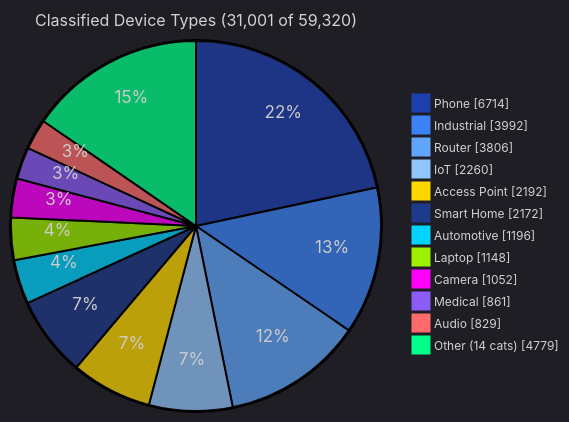
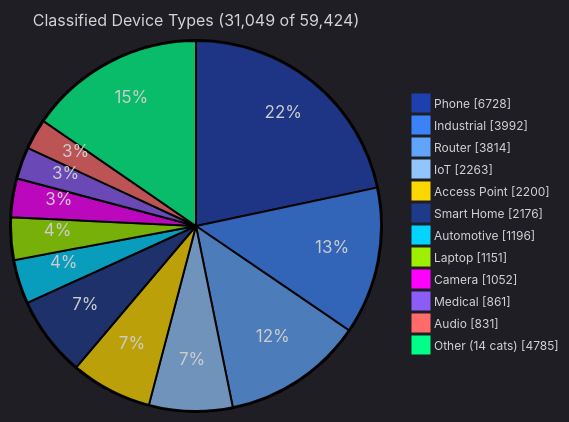
One commit to zqf20096327/dbhub_collect changed the fourth of 5 diagrams in data/readmes/Ringmast4r__OUI-Master-Database.md. Above: the diagram before and after it, drawn with Mermaid. The commit also changed other lines of this file and 740 other files, not shown here.

````diff
--- a/data/readmes/Ringmast4r__OUI-Master-Database.md
+++ b/data/readmes/Ringmast4r__OUI-Master-Database.md
@@ -170,17 +170,17 @@
 ```mermaid
 %%{init: {'theme':'dark', 'themeVariables': {'pie1':'#1E40AF','pie2':'#3B82F6','pie3':'#60A5FA','pie4':'#93C5FD','pie5':'#FFD700','pie6':'#1E3A8A','pie7':'#00D4FF','pie8':'#9FEF00','pie9':'#FF00FF','pie10':'#8B5CF6','pie11':'#FF6B6B','pie12':'#00FF88','pieTitleTextSize':'16px','pieLegendTextSize':'12px'}}}%%
 pie showData
-    title Classified Device Types (31,001 of 59,320)
-    "Phone" : 6714
+    title Classified Device Types (31,049 of 59,424)
+    "Phone" : 6728
     "Industrial" : 3992
-    "Router" : 3806
-    "IoT" : 2260
-    "Access Point" : 2192
-    "Smart Home" : 2172
+    "Router" : 3814
+    "IoT" : 2263
+    "Access Point" : 2200
+    "Smart Home" : 2176
     "Automotive" : 1196
-    "Laptop" : 1148
+    "Laptop" : 1151
     "Camera" : 1052
     "Medical" : 861
-    "Audio" : 829
-    "Other (14 cats)" : 4779
+    "Audio" : 831
+    "Other (14 cats)" : 4785
 ```
````
